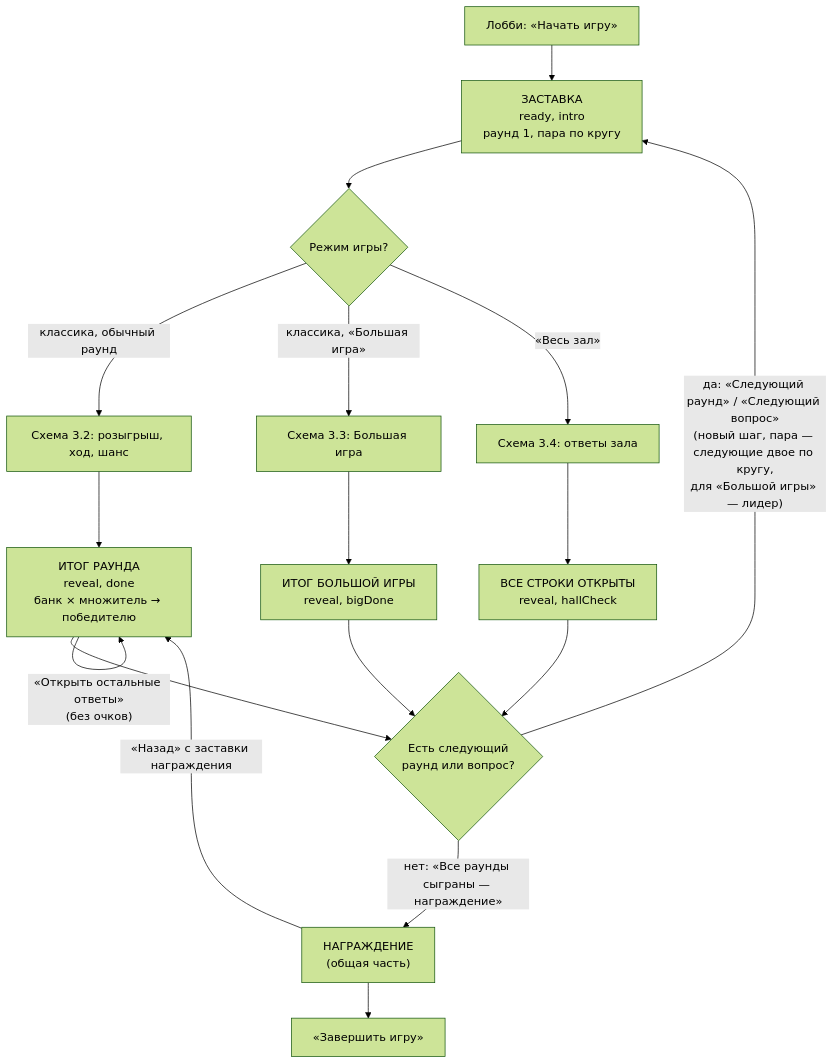
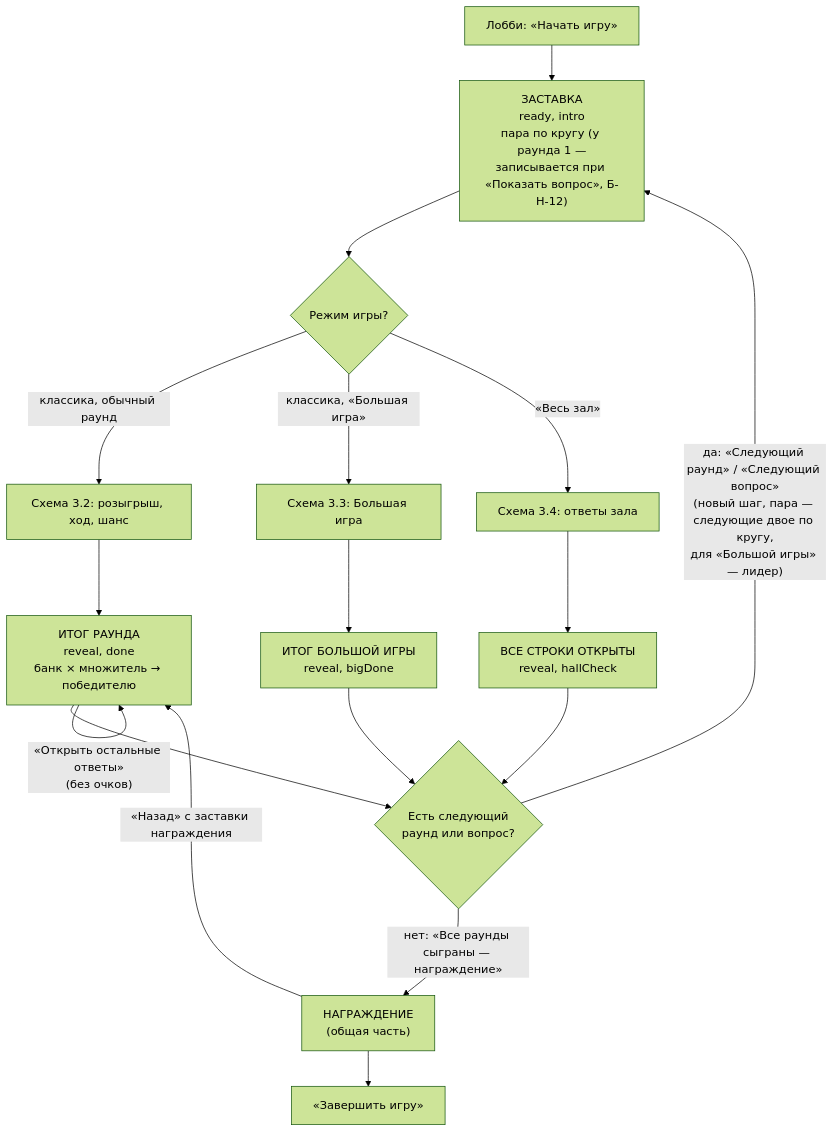
One commit to Joonde/joyrest-games changed the first of 5 diagrams in src/mechanics/hundred/LOGIC.md. Above: the diagram before and after it, drawn with Mermaid (forest theme). The commit also changed other lines of this file and 1 other file, not shown here.

````diff
--- a/src/mechanics/hundred/LOGIC.md
+++ b/src/mechanics/hundred/LOGIC.md
@@ -90,19 +90,19 @@
 ```mermaid
 flowchart TD
-    A["Лобби: «Начать игру»"] --> I["ЗАСТАВКА<br/>ready, intro<br/>раунд 1, пара по кругу"]
+    A["Лобби: «Начать игру»"] --> I["ЗАСТАВКА<br/>ready, intro<br/>пара по кругу (у раунда 1 —<br/>записывается при «Показать вопрос», Б-Н-12)"]
     I --> K{"Режим игры?"}
     K -- "классика, обычный раунд" --> C["Схема 3.2: розыгрыш, ход, шанс"]
     K -- "классика, «Большая игра»" --> B["Схема 3.3: Большая игра"]
     K -- "«Весь зал»" --> H["Схема 3.4: ответы зала"]
     C --> D["ИТОГ РАУНДА<br/>reveal, done<br/>банк × множитель → победителю"]
     B --> BD["ИТОГ БОЛЬШОЙ ИГРЫ<br/>reveal, bigDone"]
     H --> HD["ВСЕ СТРОКИ ОТКРЫТЫ<br/>reveal, hallCheck"]
     D -- "«Открыть остальные ответы»<br/>(без очков)" --> D
     D --> N{"Есть следующий<br/>раунд или вопрос?"}
     BD --> N
     HD --> N
     N -- "да: «Следующий раунд» / «Следующий вопрос»<br/>(новый шаг, пара — следующие двое по кругу,<br/>для «Большой игры» — лидер)" --> I
     N -- "нет: «Все раунды сыграны — награждение»" --> P["НАГРАЖДЕНИЕ<br/>(общая часть)"]
     P --> Z["«Завершить игру»"]
     P -- "«Назад» с заставки награждения" --> D
 ```
````
